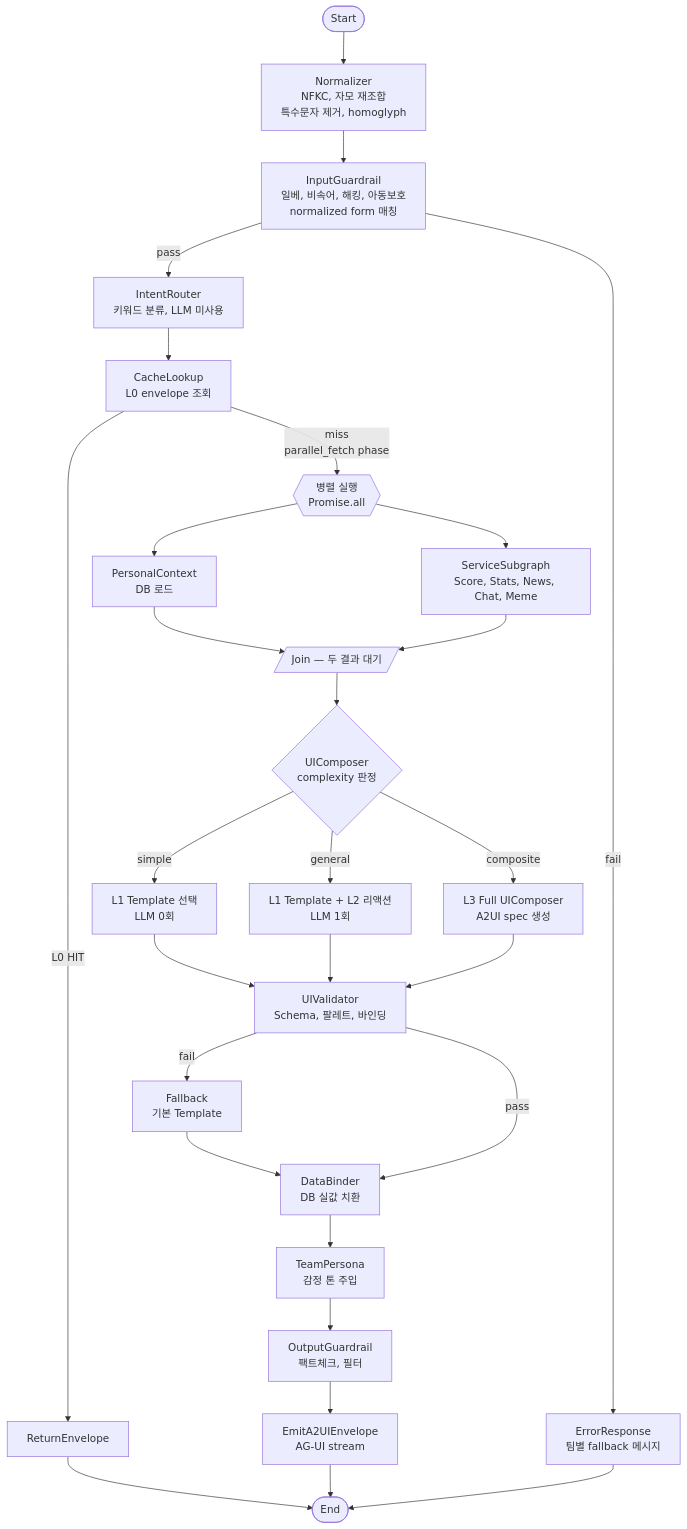
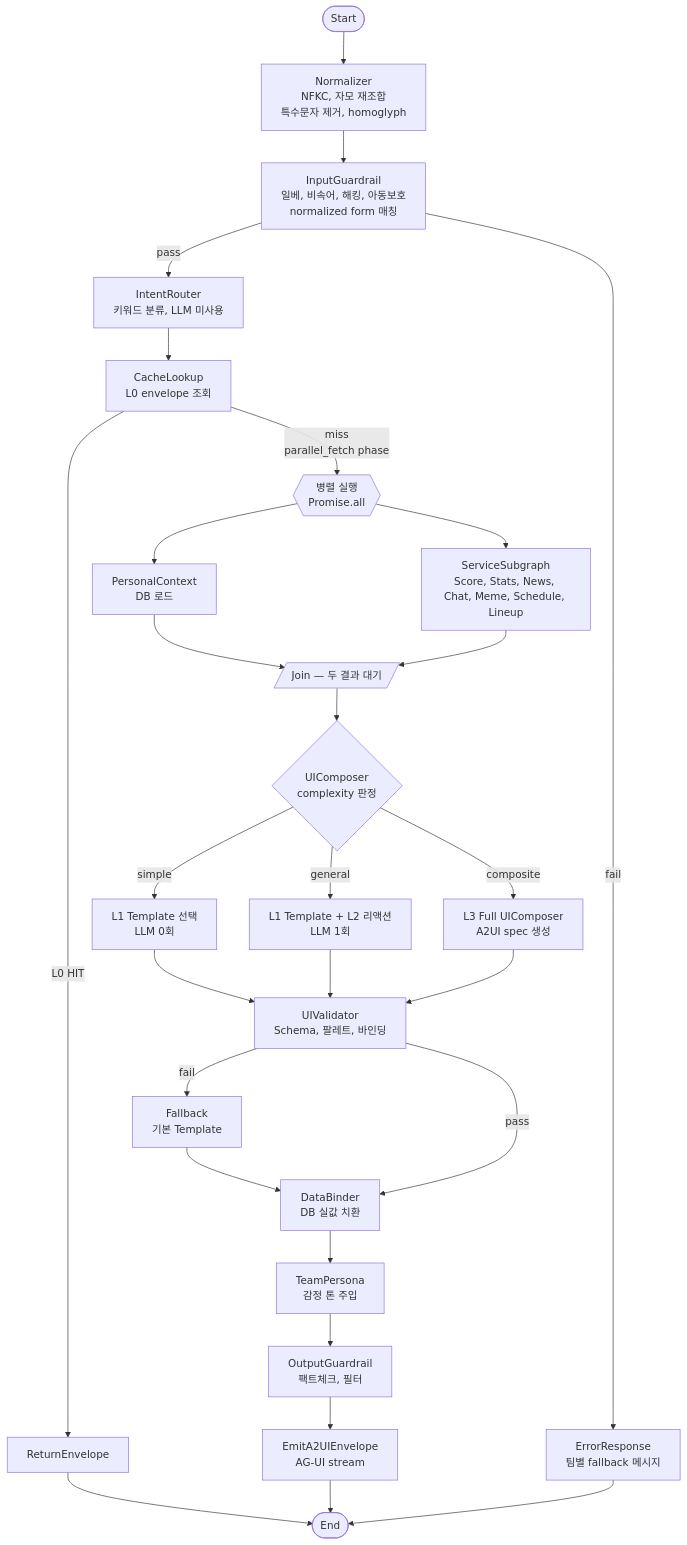
Before and after one commit to leonardo204/Batdi: the third of 5 diagrams in docs/plan/batdi-architecture.md, drawn with Mermaid. The commit also changed other lines of this file and 3 other files, not shown here.

````diff
--- a/docs/plan/batdi-architecture.md
+++ b/docs/plan/batdi-architecture.md
@@ -282,37 +286,37 @@
 ```mermaid
 flowchart TD
     S([Start]) --> NM["Normalizer<br>NFKC, 자모 재조합<br>특수문자 제거, homoglyph"]
     NM --> IG["InputGuardrail<br>일베, 비속어, 해킹, 아동보호<br>normalized form 매칭"]
     IG -->|fail| ER["ErrorResponse<br>팀별 fallback 메시지"]
     IG -->|pass| IR["IntentRouter<br>키워드 분류, LLM 미사용"]
     IR --> CL["CacheLookup<br>L0 envelope 조회"]
 
     CL -->|L0 HIT| RE["ReturnEnvelope"]
     RE --> E([End])
 
     CL -->|miss<br>parallel_fetch phase| PAR{{"병렬 실행<br>Promise.all"}}
     PAR --> PC["PersonalContext<br>DB 로드"]
-    PAR --> SS["ServiceSubgraph<br>Score, Stats, News, Chat, Meme"]
+    PAR --> SS["ServiceSubgraph<br>Score, Stats, News, Chat, Meme, Schedule, Lineup"]
     PC --> JOIN[/"Join — 두 결과 대기"/]
     SS --> JOIN
 
     JOIN --> UC{"UIComposer<br>complexity 판정"}
 
     UC -->|simple| T1["L1 Template 선택<br>LLM 0회"]
     UC -->|general| T2["L1 Template + L2 리액션<br>LLM 1회"]
     UC -->|composite| T3["L3 Full UIComposer<br>A2UI spec 생성"]
 
     T1 --> UV["UIValidator<br>Schema, 팔레트, 바인딩"]
     T2 --> UV
     T3 --> UV
 
     UV -->|fail| FB["Fallback<br>기본 Template"]
     FB --> DB2["DataBinder<br>DB 실값 치환"]
     UV -->|pass| DB2
 
     DB2 --> TP["TeamPersona<br>감정 톤 주입"]
     TP --> OG["OutputGuardrail<br>팩트체크, 필터"]
     OG --> EA["EmitA2UIEnvelope<br>AG-UI stream"]
     EA --> E
     ER --> E
 ```
````
